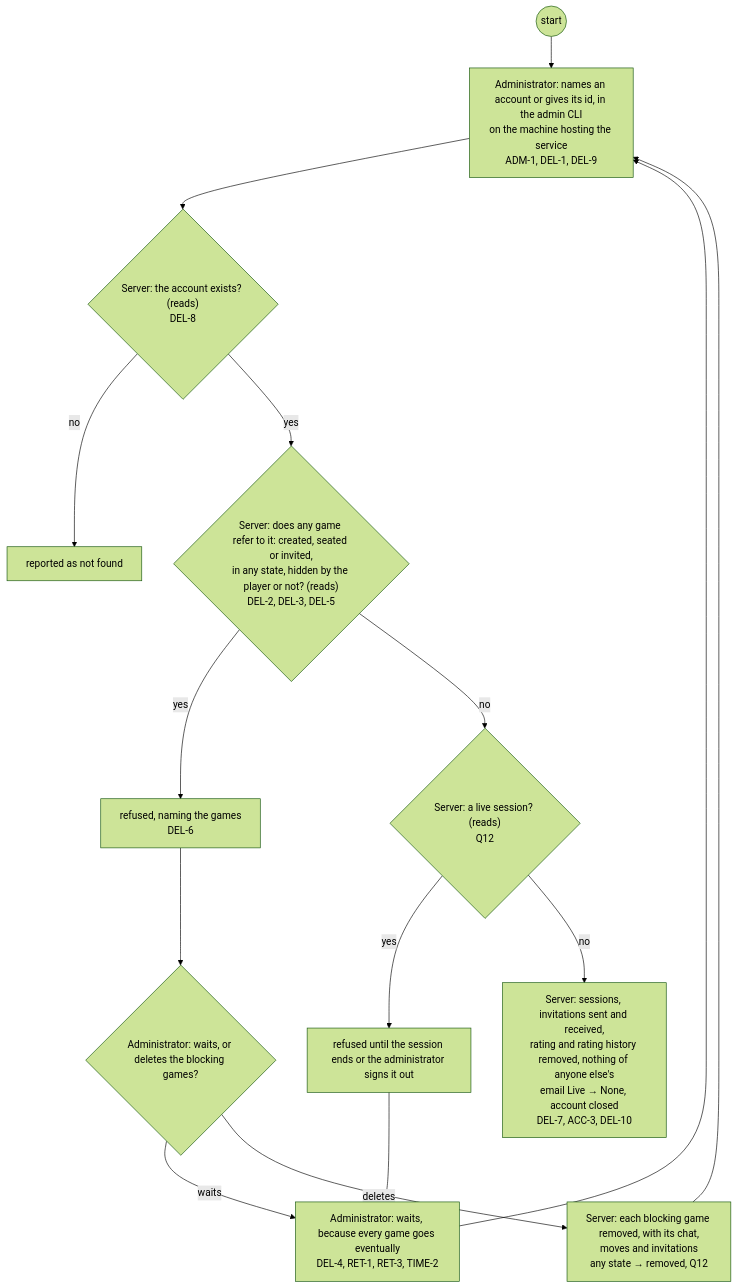
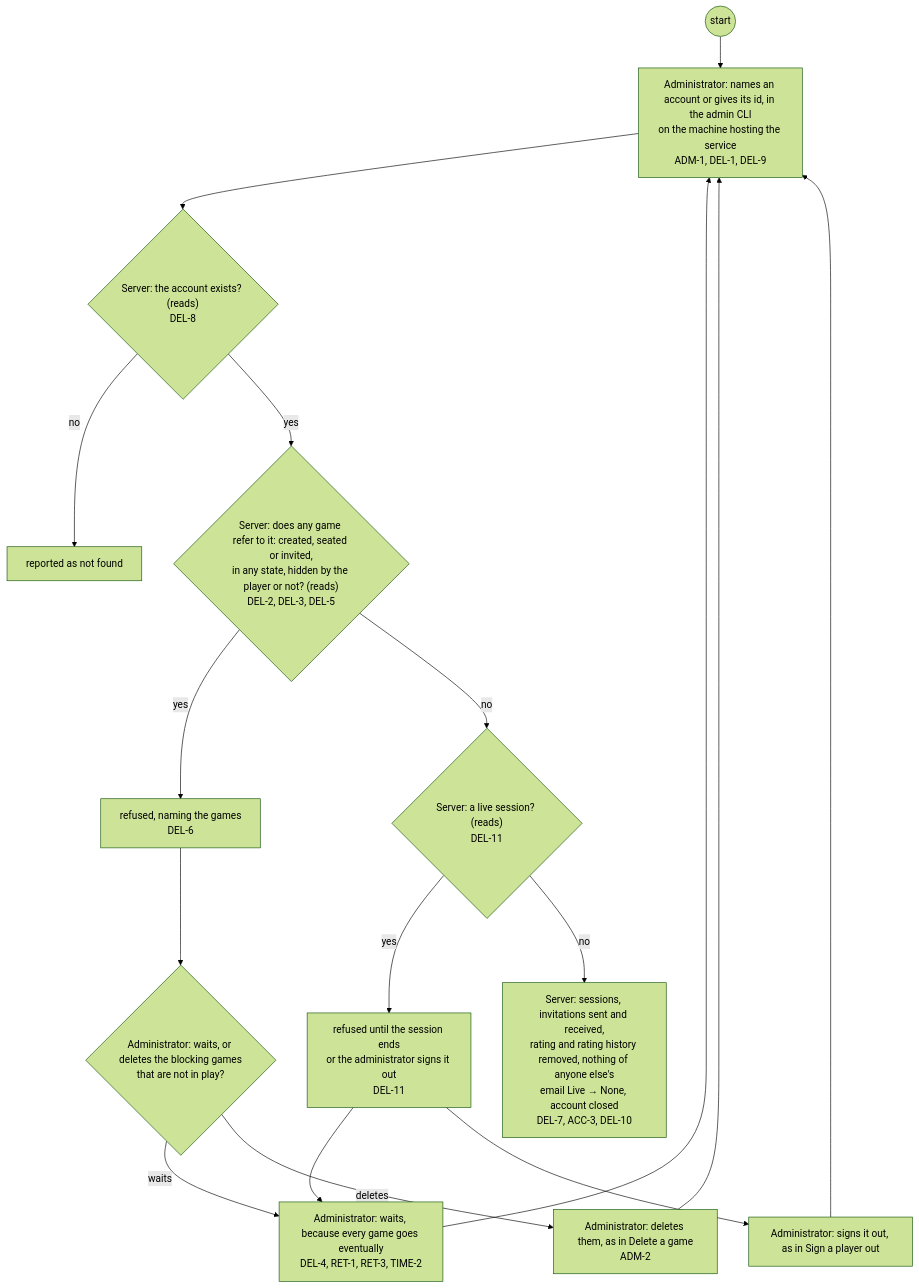
Before and after one commit to delphside/tile-lite-elite: diagram 26 of 31 in docs/changes/workstreams/application-game-architecture/71-one-game-model/71-functional.md, drawn with Mermaid (forest theme). The commit also changed other lines of this file and 1 other file, not shown here.

First line of the commit message:
app 0.9.2 api 2.16: ADM-2 and DEL-11, the admin CLI tidies old data

````diff
--- a/docs/changes/workstreams/application-game-architecture/71-one-game-model/71-functional.md
+++ b/docs/changes/workstreams/application-game-architecture/71-one-game-model/71-functional.md
@@ -456,17 +460,19 @@
 ```mermaid
 flowchart TD
   s0((start)) --> a1["Administrator: names an account or gives its id, in the admin CLI<br/>on the machine hosting the service<br/>ADM-1, DEL-1, DEL-9"]
   a1 --> v1{"Server: the account exists? (reads)<br/>DEL-8"}
   v1 -- no --> r1["reported as not found"]
   v1 -- yes --> v2{"Server: does any game refer to it: created, seated or invited,<br/>in any state, hidden by the player or not? (reads)<br/>DEL-2, DEL-3, DEL-5"}
   v2 -- yes --> r2["refused, naming the games<br/>DEL-6"]
-  r2 --> d3{"Administrator: waits, or deletes the blocking games?"}
+  r2 --> d3{"Administrator: waits, or deletes the blocking games<br/>that are not in play?"}
   d3 -- waits --> w1["Administrator: waits, because every game goes eventually<br/>DEL-4, RET-1, RET-3, TIME-2"]
-  d3 -- deletes --> g1["Server: each blocking game removed, with its chat,<br/>moves and invitations<br/>any state → removed, Q12"]
+  d3 -- deletes --> g1["Administrator: deletes them, as in Delete a game<br/>ADM-2"]
   g1 --> a1
   w1 --> a1
-  v2 -- no --> v3{"Server: a live session? (reads)<br/>Q12"}
-  v3 -- yes --> r3["refused until the session ends or the administrator signs it out"]
+  v2 -- no --> v3{"Server: a live session? (reads)<br/>DEL-11"}
+  v3 -- yes --> r3["refused until the session ends<br/>or the administrator signs it out<br/>DEL-11"]
   r3 --> w1
+  r3 --> s1["Administrator: signs it out, as in Sign a player out"]
+  s1 --> a1
   v3 -- no --> t1["Server: sessions, invitations sent and received,<br/>rating and rating history removed, nothing of anyone else's<br/>email Live → None, account closed<br/>DEL-7, ACC-3, DEL-10"]
 ```
````
